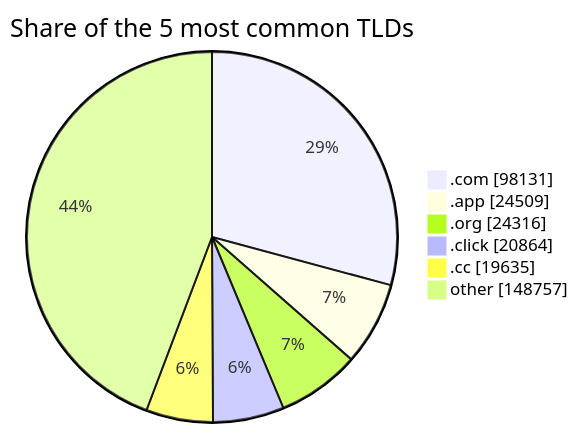
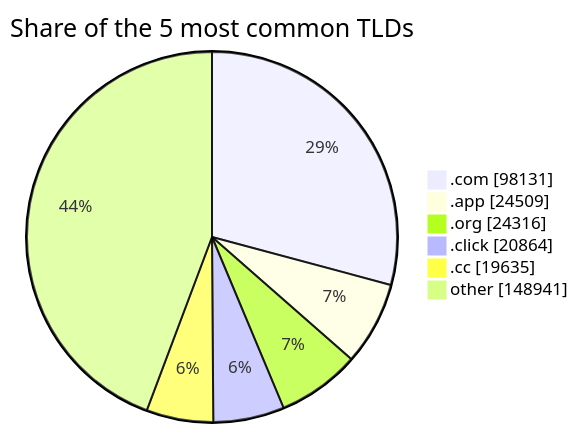
Before and after one commit to DNSBunker/CTI: the third of 3 diagrams in README.md, drawn with Mermaid. The commit also changed other lines of this file and 3 other files, not shown here.

````diff
--- a/README.md
+++ b/README.md
@@ -81,9 +81,9 @@
 ```mermaid
 pie showData title Share of the 5 most common TLDs
     ".com" : 98131
     ".app" : 24509
     ".org" : 24316
     ".click" : 20864
     ".cc" : 19635
-    "other" : 148757
+    "other" : 148941
 ```
````
